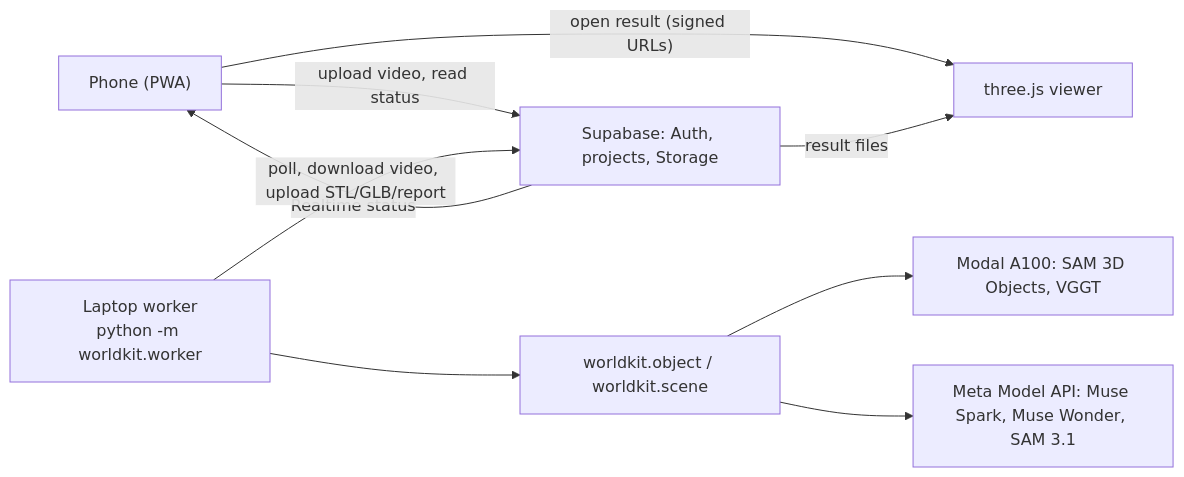
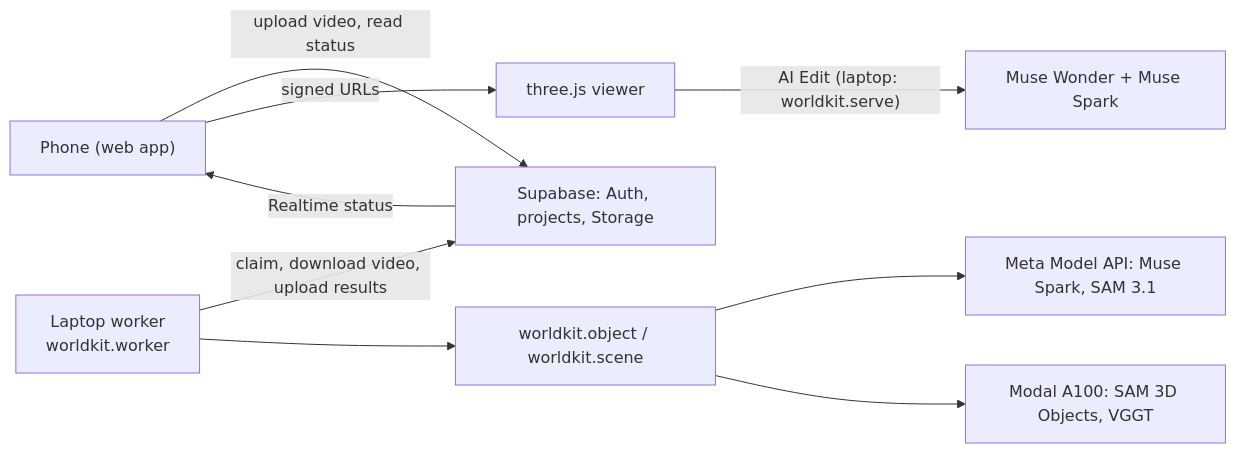
The diagram in README.md (No6Name8/Project_WorldKit), drawn with Mermaid before and after one commit. The commit also changed other lines of this file, not shown here.

Commit message:
README: banner, badges, what it does with screenshots, architecture, Meta models with files, results, try it, configuration, tests, limitations, repo map

````diff
--- a/README.md
+++ b/README.md
@@ -115,11 +28,11 @@
 ```mermaid
 flowchart LR
-  Phone["Phone (PWA)"] -- "upload video, read status" --> SB["Supabase: Auth, projects, Storage"]
+  Phone["Phone (web app)"] -- "upload video, read status" --> SB["Supabase: Auth, projects, Storage"]
   SB -- "Realtime status" --> Phone
-  Worker["Laptop worker<br/>python -m worldkit.worker"] -- "poll, download video, upload STL/GLB/report" --> SB
+  Worker["Laptop worker<br/>worldkit.worker"] -- "claim, download video, upload results" --> SB
   Worker --> Pipeline["worldkit.object / worldkit.scene"]
+  Pipeline --> Meta["Meta Model API: Muse Spark, SAM 3.1"]
   Pipeline --> Modal["Modal A100: SAM 3D Objects, VGGT"]
-  Pipeline --> Meta["Meta Model API: Muse Spark, Muse Wonder, SAM 3.1"]
-  Phone -- "open result (signed URLs)" --> Viewer["three.js viewer"]
-  SB -- "result files" --> Viewer
+  Phone -- "signed URLs" --> Viewer["three.js viewer"]
+  Viewer -- "AI Edit (laptop: worldkit.serve)" --> Edit["Muse Wonder + Muse Spark"]
 ```
````
